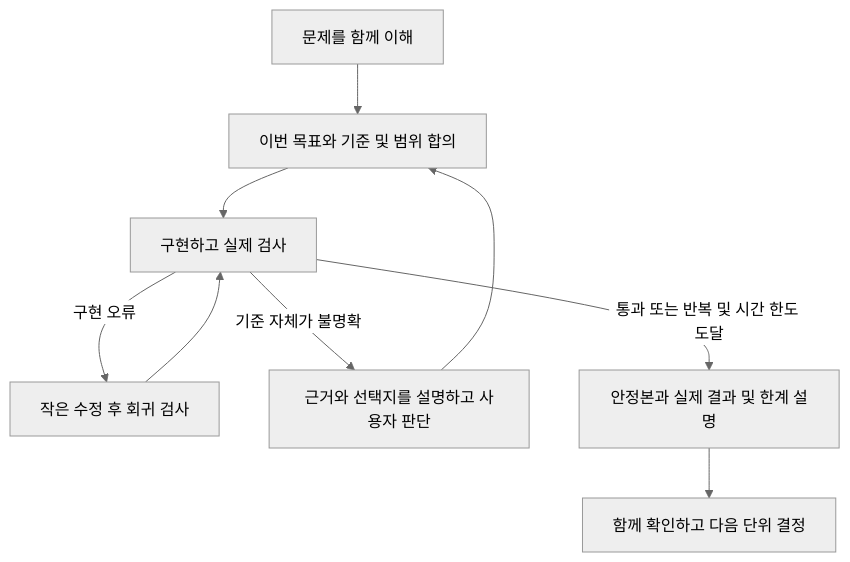
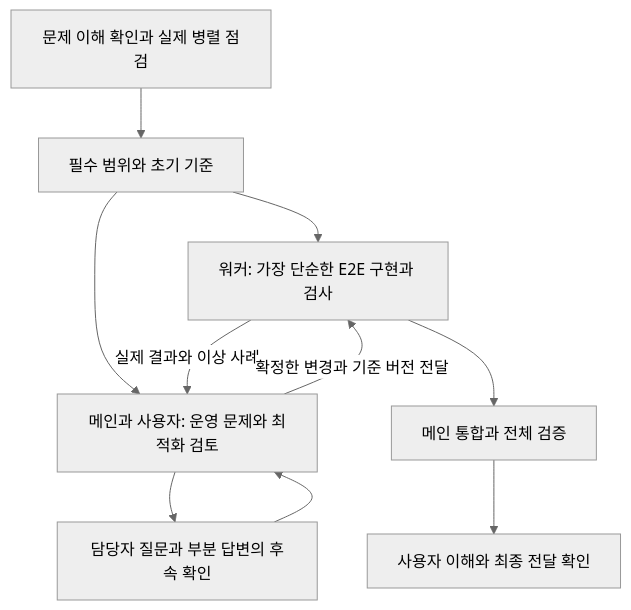
The diagram in DOUBLE_LOOP.md (mangnoeyh/pad), drawn with Mermaid (neutral theme) before and after one commit. The commit also changed other lines of this file and 9 other files, not shown here.

````diff
--- a/DOUBLE_LOOP.md
+++ b/DOUBLE_LOOP.md
@@ -21,11 +21,12 @@
 ```mermaid
 flowchart TD
-    A[문제를 함께 이해] --> B[이번 목표와 기준 및 범위 합의]
-    B --> C[구현하고 실제 검사]
-    C -->|구현 오류| D[작은 수정 후 회귀 검사]
-    D --> C
-    C -->|기준 자체가 불명확| E[근거와 선택지를 설명하고 사용자 판단]
-    E --> B
-    C -->|통과 또는 반복 및 시간 한도 도달| F[안정본과 실제 결과 및 한계 설명]
-    F --> G[함께 확인하고 다음 단위 결정]
+    A[문제 이해 확인과 실제 병렬 점검] --> B[필수 범위와 초기 기준]
+    B --> C[워커: 가장 단순한 E2E 구현과 검사]
+    B --> D[메인과 사용자: 운영 문제와 최적화 검토]
+    C -->|실제 결과와 이상 사례| D
+    D --> E[담당자 질문과 부분 답변의 후속 확인]
+    E --> D
+    D -->|확정한 변경과 기준 버전 전달| C
+    C --> F[메인 통합과 전체 검증]
+    F --> G[사용자 이해와 최종 전달 확인]
 ```
````
